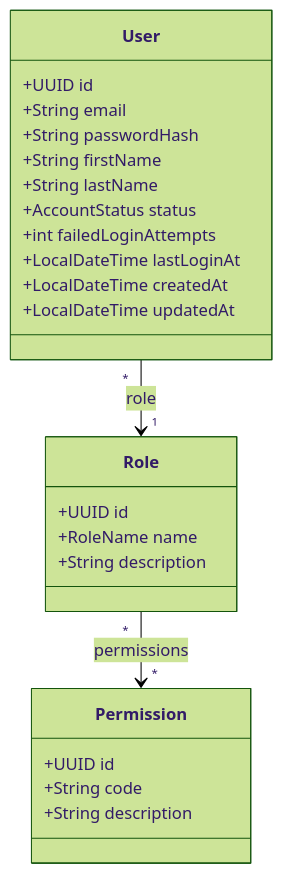
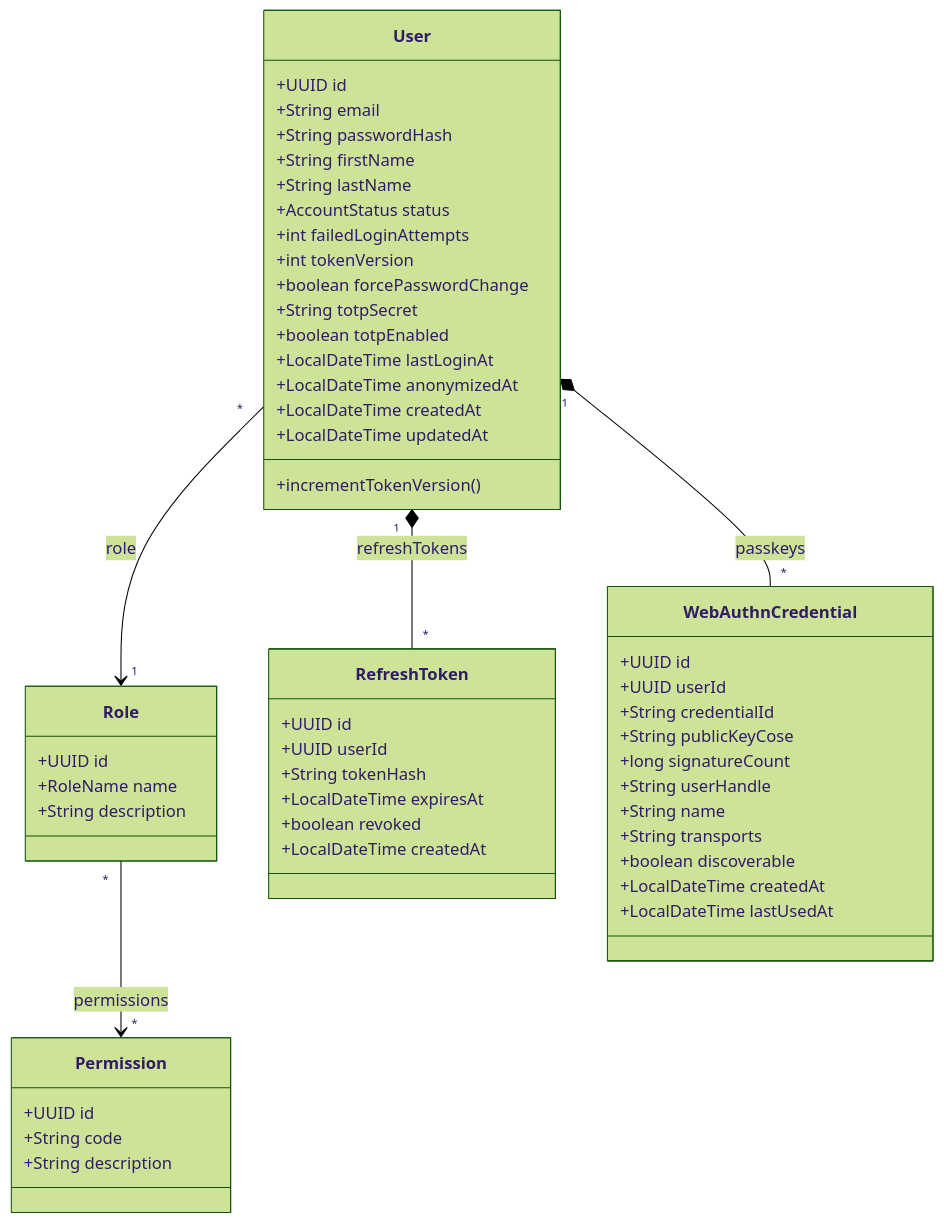
The second of 8 diagrams in uml/diagramme-classes.md (alpha65-web/-Moov-africa), drawn with Mermaid (forest theme) before and after one commit. The commit also changed other lines of this file and 4 other files, not shown here.

First line of the commit message:
docs(uml): update 5 UML diagrams to reflect security audit controls

````diff
--- a/uml/diagramme-classes.md
+++ b/uml/diagramme-classes.md
@@ -94,28 +98,57 @@
 ```mermaid
 classDiagram
     class User {
         +UUID id
         +String email
         +String passwordHash
         +String firstName
         +String lastName
         +AccountStatus status
         +int failedLoginAttempts
+        +int tokenVersion
+        +boolean forcePasswordChange
+        +String totpSecret
+        +boolean totpEnabled
         +LocalDateTime lastLoginAt
+        +LocalDateTime anonymizedAt
         +LocalDateTime createdAt
         +LocalDateTime updatedAt
+        +incrementTokenVersion()
     }
     class Role {
         +UUID id
         +RoleName name
         +String description
     }
     class Permission {
         +UUID id
         +String code
         +String description
     }
+    class RefreshToken {
+        +UUID id
+        +UUID userId
+        +String tokenHash
+        +LocalDateTime expiresAt
+        +boolean revoked
+        +LocalDateTime createdAt
+    }
+    class WebAuthnCredential {
+        +UUID id
+        +UUID userId
+        +String credentialId
+        +String publicKeyCose
+        +long signatureCount
+        +String userHandle
+        +String name
+        +String transports
+        +boolean discoverable
+        +LocalDateTime createdAt
+        +LocalDateTime lastUsedAt
+    }
 
     User "*" --> "1" Role : role
     Role "*" --> "*" Permission : permissions
+    User "1" *-- "*" RefreshToken : refreshTokens
+    User "1" *-- "*" WebAuthnCredential : passkeys
 ```
````
